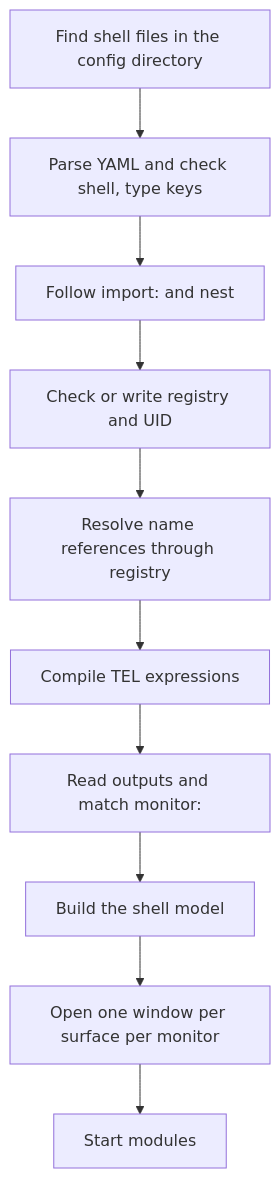
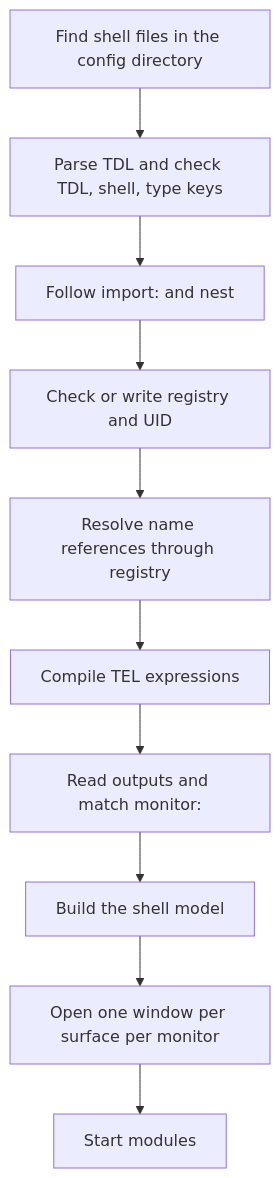
The first of 3 diagrams in 20 Architecture/Data Flow.md (mindderivative/tess-shell), drawn with Mermaid before and after one commit. The commit also changed other lines of this file and 27 other files, not shown here.

Commit message:
Rewrite pass for TDL, levels 0 and 1: AGENTS.md, Home, Vision, Architecture, Decisions, 41 reference, 42 Python API, Design System

````diff
--- a/20 Architecture/Data Flow.md
+++ b/20 Architecture/Data Flow.md
@@ -21,12 +21,12 @@
 ```mermaid
 flowchart TD
-    a[Find shell files in the config directory] --> b[Parse YAML and check shell, type keys]
+    a[Find shell files in the config directory] --> b[Parse TDL and check TDL, shell, type keys]
     b --> c[Follow import: and nest]
     c --> d[Check or write registry and UID]
     d --> e[Resolve name references through registry]
     e --> f[Compile TEL expressions]
     f --> g[Read outputs and match monitor:]
     g --> h[Build the shell model]
     h --> i[Open one window per surface per monitor]
     i --> j[Start modules]
 ```
````
